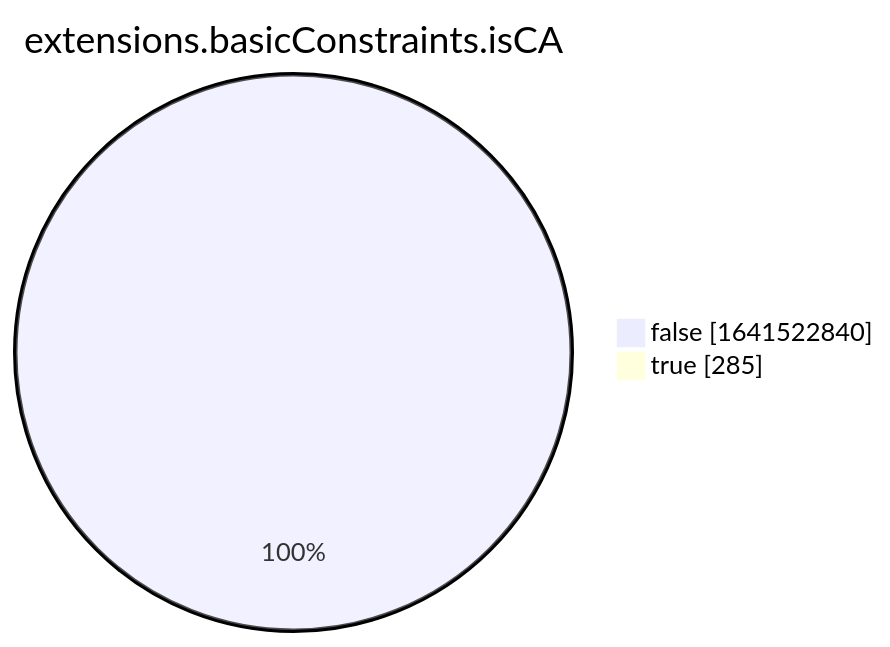
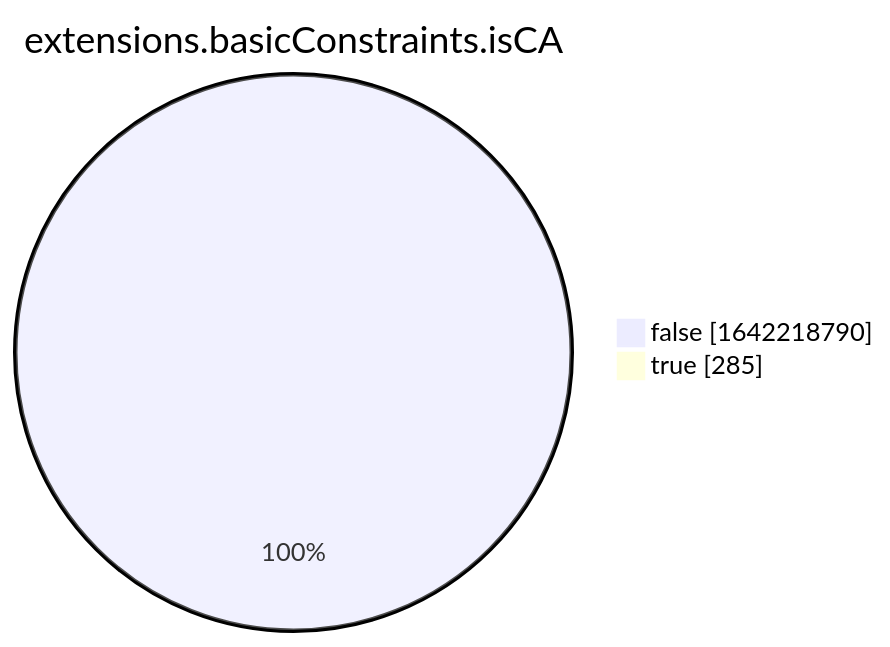
Before and after one commit to christiankrug/ctmonitor_visualization: the eighth of 15 diagrams in xenon2022/README.md, drawn with Mermaid. The commit also changed other lines of this file, not shown here.

````diff
--- a/xenon2022/README.md
+++ b/xenon2022/README.md
@@ -2863,6 +2863,6 @@
 ```mermaid
 pie showData
 title extensions.basicConstraints.isCA
-"false" :1641522840
+"false" :1642218790
 "true" :285
 ```
````
